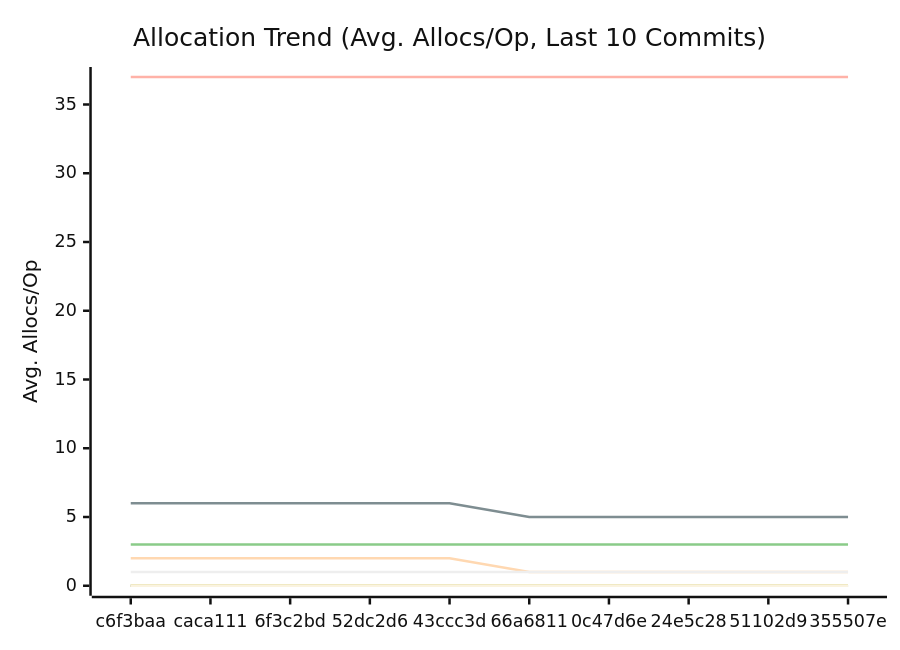
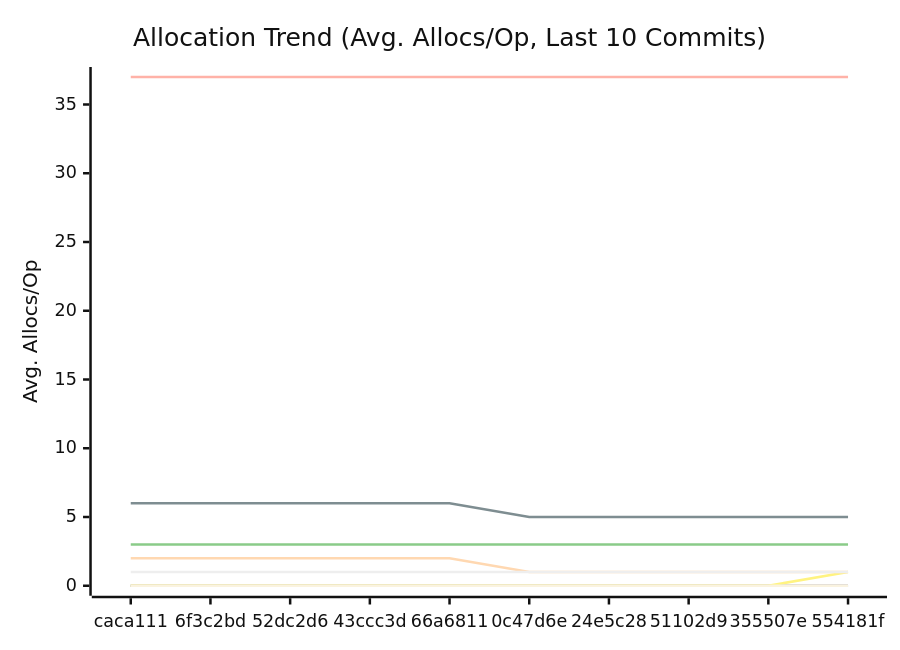
One commit to alsotoes/momo changed the third of 3 diagrams in docs/PERFORMANCE.md. Above: the diagram before and after it, drawn with Mermaid (neutral theme). The commit also changed other lines of this file and 7 other files, not shown here.

````diff
--- a/docs/PERFORMANCE.md
+++ b/docs/PERFORMANCE.md
@@ -176,18 +178,18 @@
 ```mermaid
 xychart-beta
     title "Allocation Trend (Avg. Allocs/Op, Last 10 Commits)"
     x-axis "Commit"
     y-axis "Avg. Allocs/Op"
-    x-axis [c6f3baa,caca111,6f3c2bd,52dc2d6,43ccc3d,66a6811,0c47d6e,24e5c28,51102d9,355507e]
+    x-axis [caca111,6f3c2bd,52dc2d6,43ccc3d,66a6811,0c47d6e,24e5c28,51102d9,355507e,554181f]
     line "CheckMetricsAndSwap" [0,0,0,0,0,0,0,0,0,0]
     line "CrushOptimized" [0,0,0,0,0,0,0,0,0,0]
     line "CrushOriginal" [3,3,3,3,3,3,3,3,3,3]
     line "IndexDirectTracking" [0,0,0,0,0,0,0,0,0,0]
     line "IndexSearch" [0,0,0,0,0,0,0,0,0,0]
     line "LoadGlobalConfig" [37,37,37,37,37,37,37,37,37,37]
-    line "PadString" [0,0,0,0,0,0,0,0,0,0]
+    line "PadString" [0,0,0,0,0,0,0,0,0,1]
     line "ParseReplicationOrder_NoPrealloc" [6,6,6,6,6,5,5,5,5,5]
     line "ParseReplicationOrder_Prealloc" [2,2,2,2,2,1,1,1,1,1]
     line "SanitizeLog/Safe" [0,0,0,0,0,0,0,0,0,0]
     line "SanitizeLog/Unsafe" [1,1,1,1,1,1,1,1,1,1]
 ```
````
